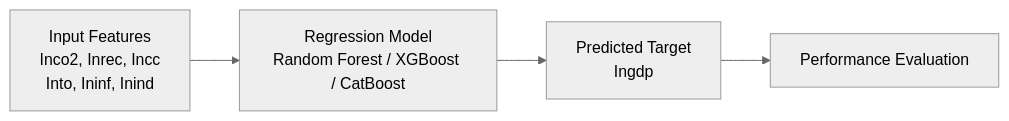
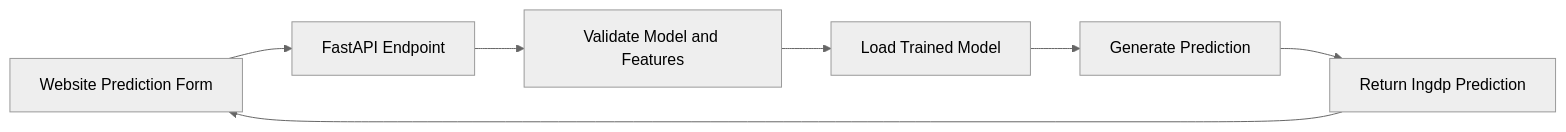
Before and after one commit to aasthasethi28/brics-economic-growth-ml: the second of 2 diagrams in README.md, drawn with Mermaid (neutral theme). The commit also changed other lines of this file, not shown here.

````diff
--- a/README.md
+++ b/README.md
@@ -107,9 +179,9 @@
 ```mermaid
 flowchart LR
-    A["Input Features<br/>Inco2, Inrec, Incc<br/>Into, Ininf, Inind"]
-    B["Regression Model<br/>Random Forest / XGBoost / CatBoost"]
-    C["Predicted Target<br/>Ingdp"]
-    D["Performance Evaluation"]
-
-    A --> B --> C --> D
+    A["Website Prediction Form"] --> B["FastAPI Endpoint"]
+    B --> C["Validate Model and Features"]
+    C --> D["Load Trained Model"]
+    D --> E["Generate Prediction"]
+    E --> F["Return Ingdp Prediction"]
+    F --> A
 ```
````
